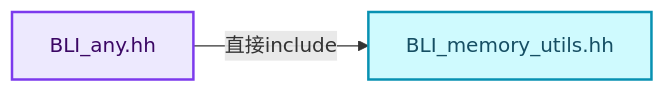
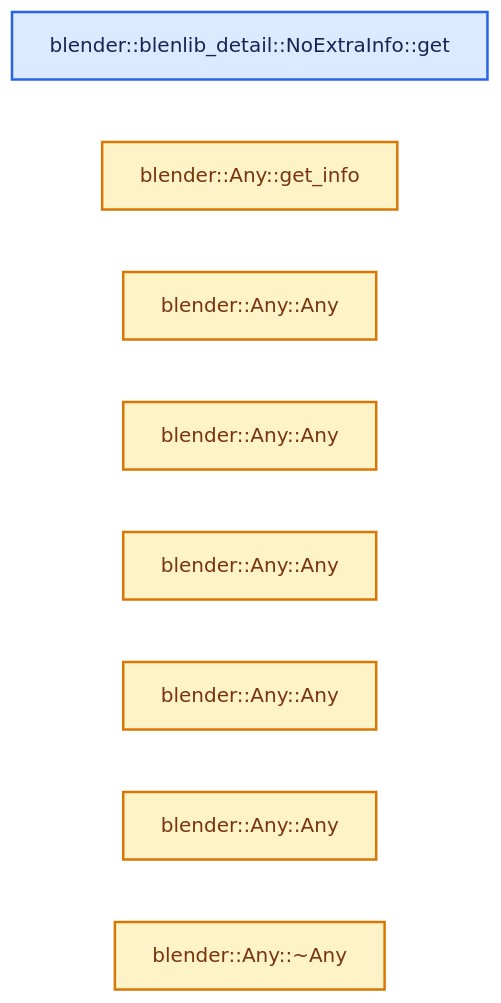
The second of 4 diagrams in 杂/markdown/全面学习-codex/01-基础容器与现代CPP/17-Any类型擦除存储.md (yunkezengren/blender-.vscode), drawn with Mermaid before and after one commit. The commit also changed other lines of this file and 1930 other files, not shown here.

````diff
--- a/杂/markdown/全面学习-codex/01-基础容器与现代CPP/17-Any类型擦除存储.md
+++ b/杂/markdown/全面学习-codex/01-基础容器与现代CPP/17-Any类型擦除存储.md
@@ -85,12 +46,17 @@
 ```mermaid
 flowchart LR
-  S["BLI_any.hh"]:::abstraction
-  I0["BLI_memory_utils.hh"]:::data
-  S -->|"直接include"| I0
+  F0["blender::blenlib_detail::NoExtraInfo::get"]:::input
+  F1["blender::Any::get_info"]:::compute
+  F2["blender::Any::Any"]:::compute
+  F3["blender::Any::Any"]:::compute
+  F4["blender::Any::Any"]:::compute
+  F5["blender::Any::Any"]:::compute
+  F6["blender::Any::Any"]:::compute
+  F7["blender::Any::~Any"]:::compute
   classDef input fill:#DBEAFE,stroke:#2563EB,color:#172554,stroke-width:2px;
   classDef data fill:#CFFAFE,stroke:#0891B2,color:#164E63,stroke-width:2px;
   classDef abstraction fill:#EDE9FE,stroke:#7C3AED,color:#3B0764,stroke-width:2px;
   classDef compute fill:#FEF3C7,stroke:#D97706,color:#78350F,stroke-width:2px;
   classDef result fill:#DCFCE7,stroke:#16A34A,color:#14532D,stroke-width:2px;
   classDef error fill:#FEE2E2,stroke:#DC2626,color:#7F1D1D,stroke-width:2px;
 ```
````
